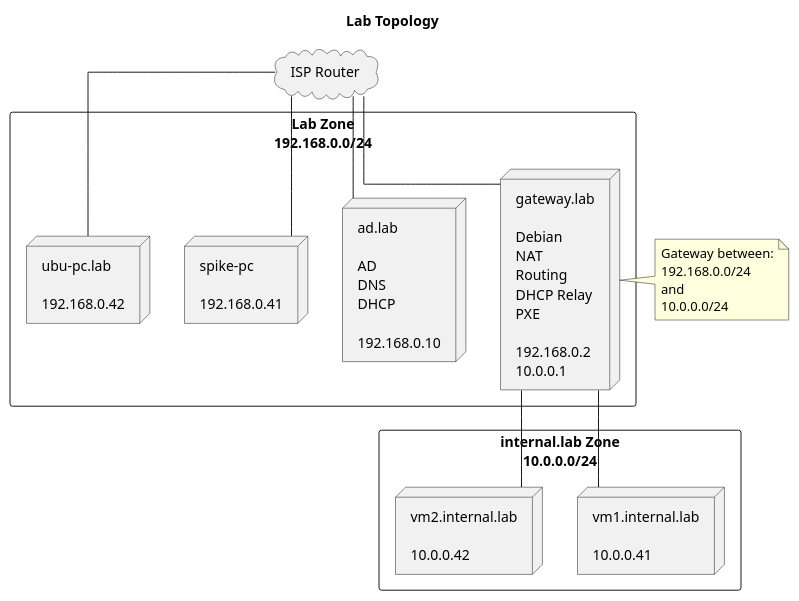
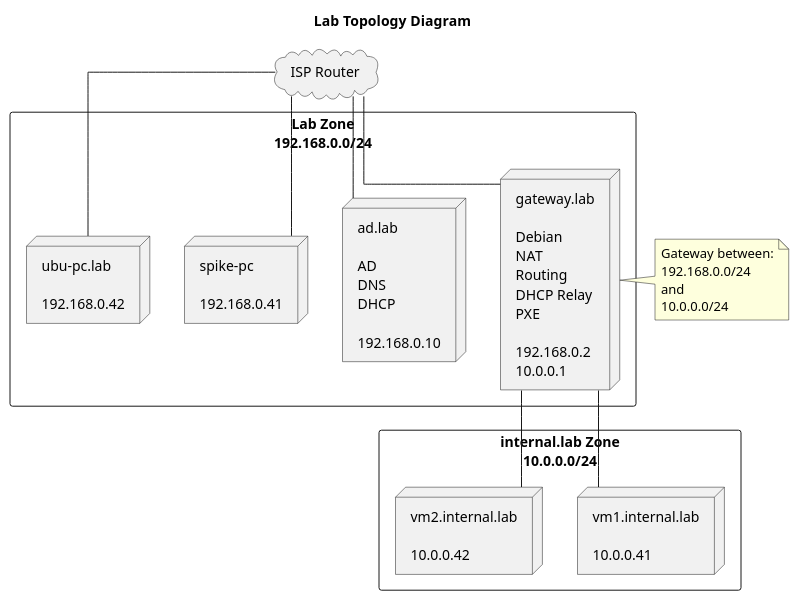
The diagram in docs/topology.plantuml (Hersonrock/homelab), drawn with PlantUML before and after one commit.

Commit message:
Modified lab diagram

```diff
--- a/docs/topology.plantuml
+++ b/docs/topology.plantuml
@@ -1,42 +1,42 @@
 @startuml
-title Lab Topology
+title Lab Topology Diagram
 
 skinparam linetype ortho
 skinparam packageStyle rectangle
 
 cloud "ISP Router" as ISP
 
 rectangle "Lab Zone\n192.168.0.0/24" as LAB {
 
     node "gateway.lab\n\nDebian\nNAT\nRouting\nDHCP Relay\nPXE\n\n192.168.0.2\n10.0.0.1" as GW
 
     node "ad.lab\n\nAD\nDNS\nDHCP\n\n192.168.0.10" as AD
 
     node "spike-pc\n\n192.168.0.41" as SPIKE
 
     node "ubu-pc.lab\n\n192.168.0.42" as UBU
 }
 
 rectangle "internal.lab Zone\n10.0.0.0/24" as INTERNAL {
 
     node "vm1.internal.lab\n\n10.0.0.41" as VM1
 
     node "vm2.internal.lab\n\n10.0.0.42" as VM2
 }
 
 ISP -- GW
 ISP -- AD
 ISP -- SPIKE
 ISP -- UBU
 
 GW -- VM1
 GW -- VM2
 
 note right of GW
 Gateway between:
 192.168.0.0/24
 and
 10.0.0.0/24
 end note
 
 @enduml
```
